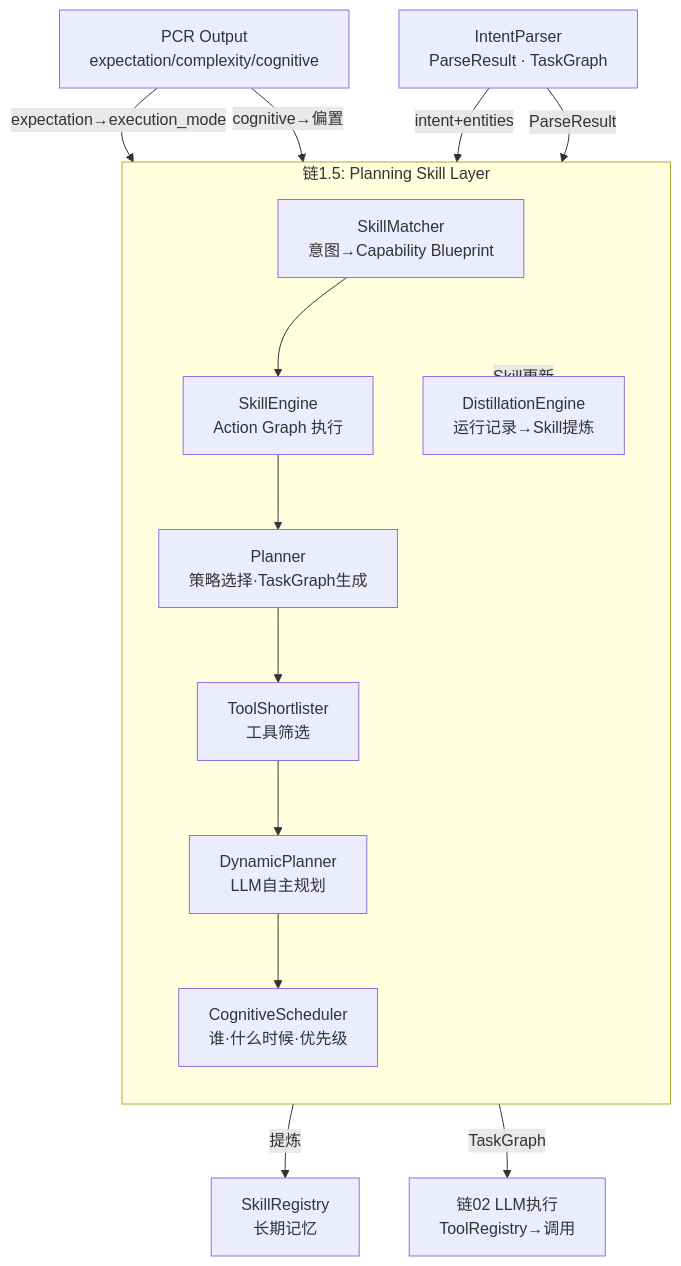
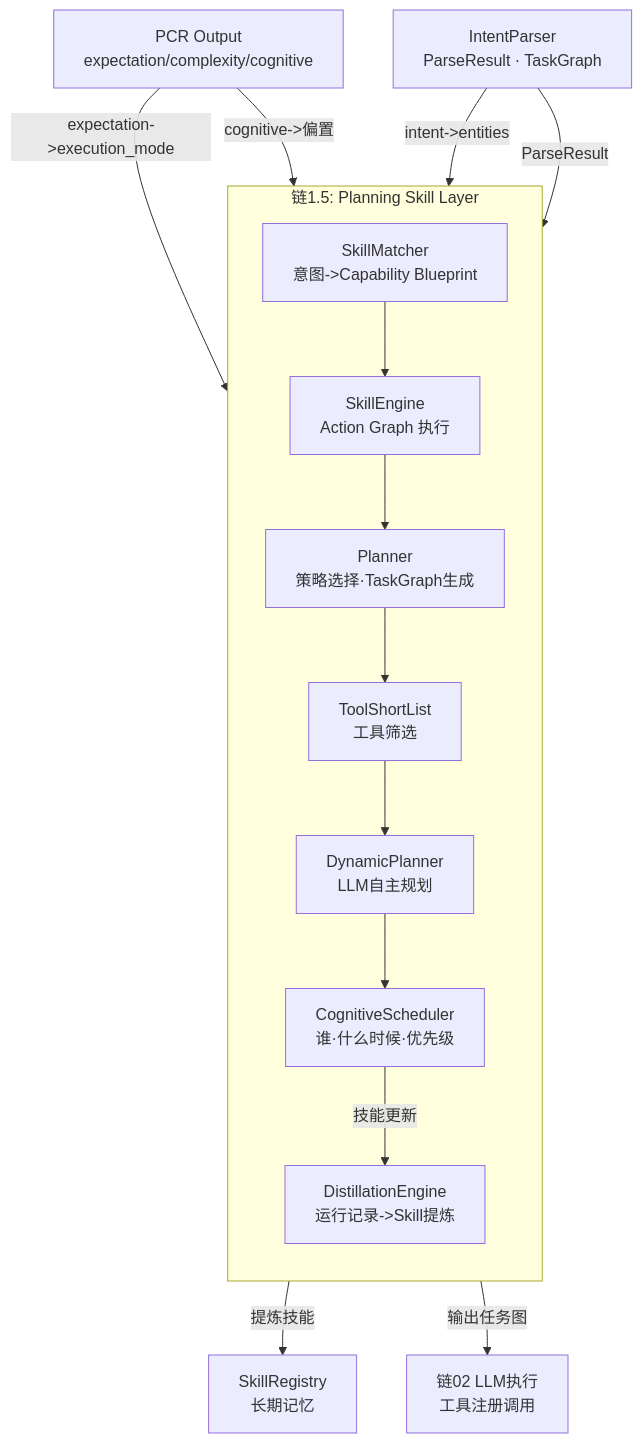
One commit to aptshark-g/DialogMesh changed the first of 7 diagrams in docs/BUSINESS_CHAIN_1.5_PLANNING.md. Above: the diagram before and after it, drawn with Mermaid. The commit also changed 29 other files, not shown here.

````diff
--- a/docs/BUSINESS_CHAIN_1.5_PLANNING.md
+++ b/docs/BUSINESS_CHAIN_1.5_PLANNING.md
@@ -20,31 +20,31 @@
 ```mermaid
-graph TD
+flowchart TD
     PCR["PCR Output<br/>expectation/complexity/cognitive"]
     IP["IntentParser<br/>ParseResult · TaskGraph"]
 
     subgraph PLAN["链1.5: Planning Skill Layer"]
         direction TB
-        SM["SkillMatcher<br/>意图→Capability Blueprint"]
+        SM["SkillMatcher<br/>意图->Capability Blueprint"]
         SE["SkillEngine<br/>Action Graph 执行"]
         PL["Planner<br/>策略选择·TaskGraph生成"]
-        TS["ToolShortlister<br/>工具筛选"]
+        TS["ToolShortList<br/>工具筛选"]
         DP["DynamicPlanner<br/>LLM自主规划"]
         CS["CognitiveScheduler<br/>谁·什么时候·优先级"]
-        DE["DistillationEngine<br/>运行记录→Skill提炼"]
+        DE["DistillationEngine<br/>运行记录->Skill提炼"]
 
         SM --> SE
         SE --> PL
         PL --> TS
         TS --> DP
         DP --> CS
+        CS -->|"技能更新"| DE
     end
 
-    PCR -->|"expectation→execution_mode"| PL
-    PCR -->|"cognitive→偏置"| SM
-    IP -->|"intent+entities"| SM
+    PCR -->|"expectation->execution_mode"| PL
+    PCR -->|"cognitive->偏置"| SM
+    IP -->|"intent->entities"| SM
     IP -->|"ParseResult"| PL
 
-    PLAN -->|"TaskGraph"| EXEC["链02 LLM执行<br/>ToolRegistry→调用"]
-    PLAN -->|"Skill更新"| DE
-    DE -->|"提炼"| REG["SkillRegistry<br/>长期记忆"]
+    PLAN -->|"输出任务图"| EXEC["链02 LLM执行<br/>工具注册调用"]
+    DE -->|"提炼技能"| REG["SkillRegistry<br/>长期记忆"]
 ```
````
